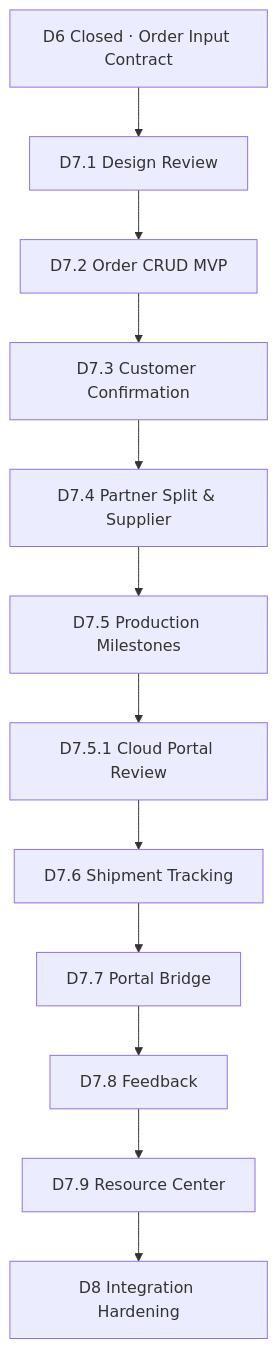
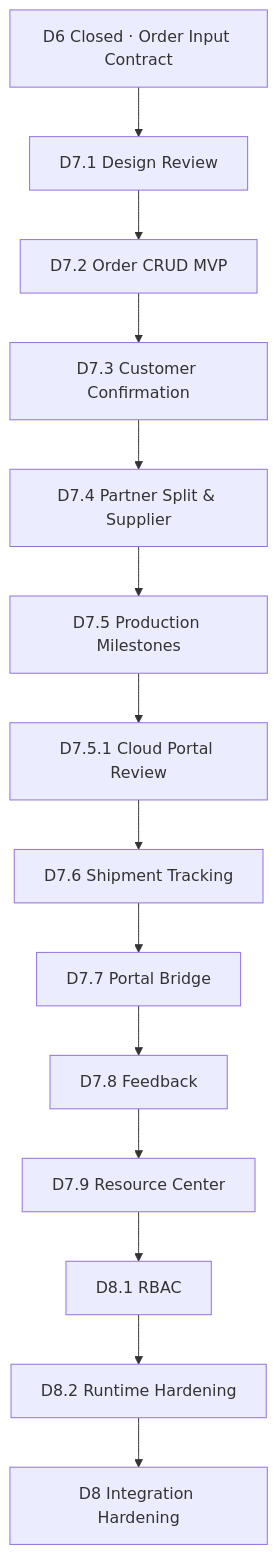
One commit to StefanoJIA/PartnerOS changed the diagram in docs/phase3/phase3_roadmap.md. Above: the diagram before and after it, drawn with Mermaid. The commit also changed other lines of this file and 14 other files, not shown here.

````diff
--- a/docs/phase3/phase3_roadmap.md
+++ b/docs/phase3/phase3_roadmap.md
@@ -40,27 +42,31 @@
 ```mermaid
 flowchart TD
   D6[D6 Closed · Order Input Contract]
   D71[D7.1 Design Review]
   D72[D7.2 Order CRUD MVP]
   D73[D7.3 Customer Confirmation]
   D74[D7.4 Partner Split & Supplier]
   D75[D7.5 Production Milestones]
   D751[D7.5.1 Cloud Portal Review]
   D76[D7.6 Shipment Tracking]
   D77[D7.7 Portal Bridge]
   D78[D7.8 Feedback]
   D79[D7.9 Resource Center]
+  D81[D8.1 RBAC]
+  D82[D8.2 Runtime Hardening]
   D8[D8 Integration Hardening]
 
   D6 --> D71
   D71 --> D72
   D72 --> D73
   D73 --> D74
   D74 --> D75
   D75 --> D751
   D751 --> D76
   D76 --> D77
   D77 --> D78
   D78 --> D79
-  D79 --> D8
+  D79 --> D81
+  D81 --> D82
+  D82 --> D8
 ```
````
